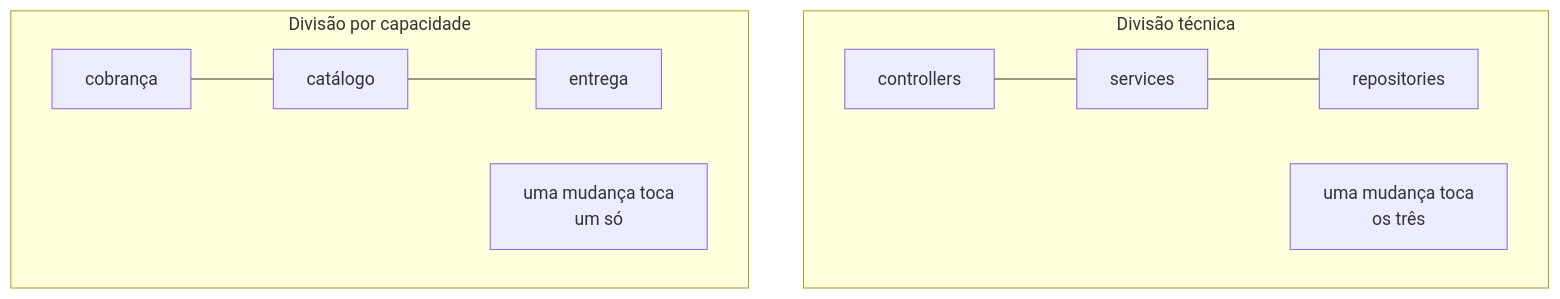
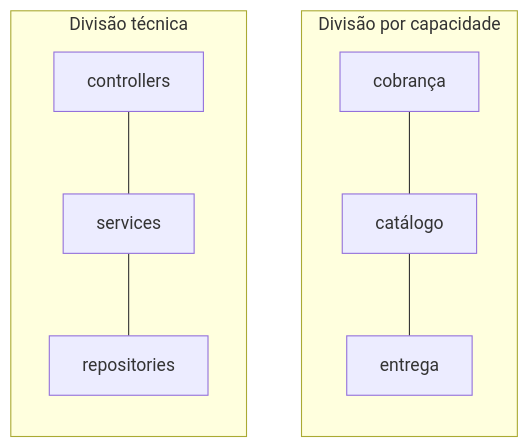
The diagram in docs/01-fundamentals/modularity.md (oadcavalcante/software-architecture-mastery), drawn with Mermaid before and after one commit. The commit also changed 27 other files, not shown here.

First line of the commit message:
diagramas: parenteses renderizando como &(&) e largura ilegivel no telefone

````diff
--- a/docs/01-fundamentals/modularity.md
+++ b/docs/01-fundamentals/modularity.md
@@ -76,11 +76,11 @@
 ```mermaid
 graph TB
-  subgraph Divisão técnica
+  subgraph N[Divisão por capacidade]
+    direction TB
+    E[cobrança] --- F[catálogo] --- G[entrega]
+  end
+  subgraph T[Divisão técnica]
+    direction TB
     A[controllers] --- B[services] --- C[repositories]
-    D[uma mudança toca<br/>os três]
-  end
-  subgraph Divisão por capacidade
-    E[cobrança] --- F[catálogo] --- G[entrega]
-    H[uma mudança toca<br/>um só]
   end
 ```
````
